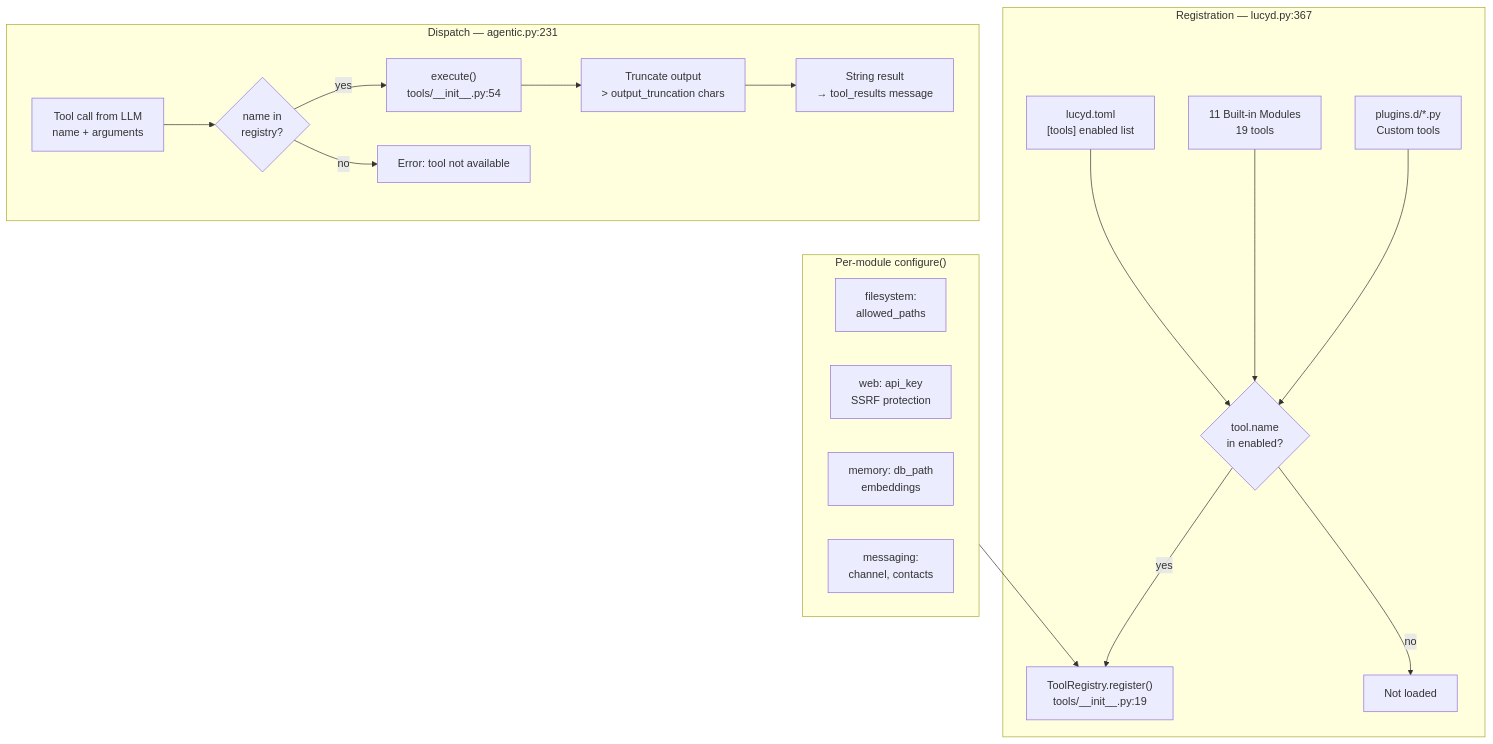
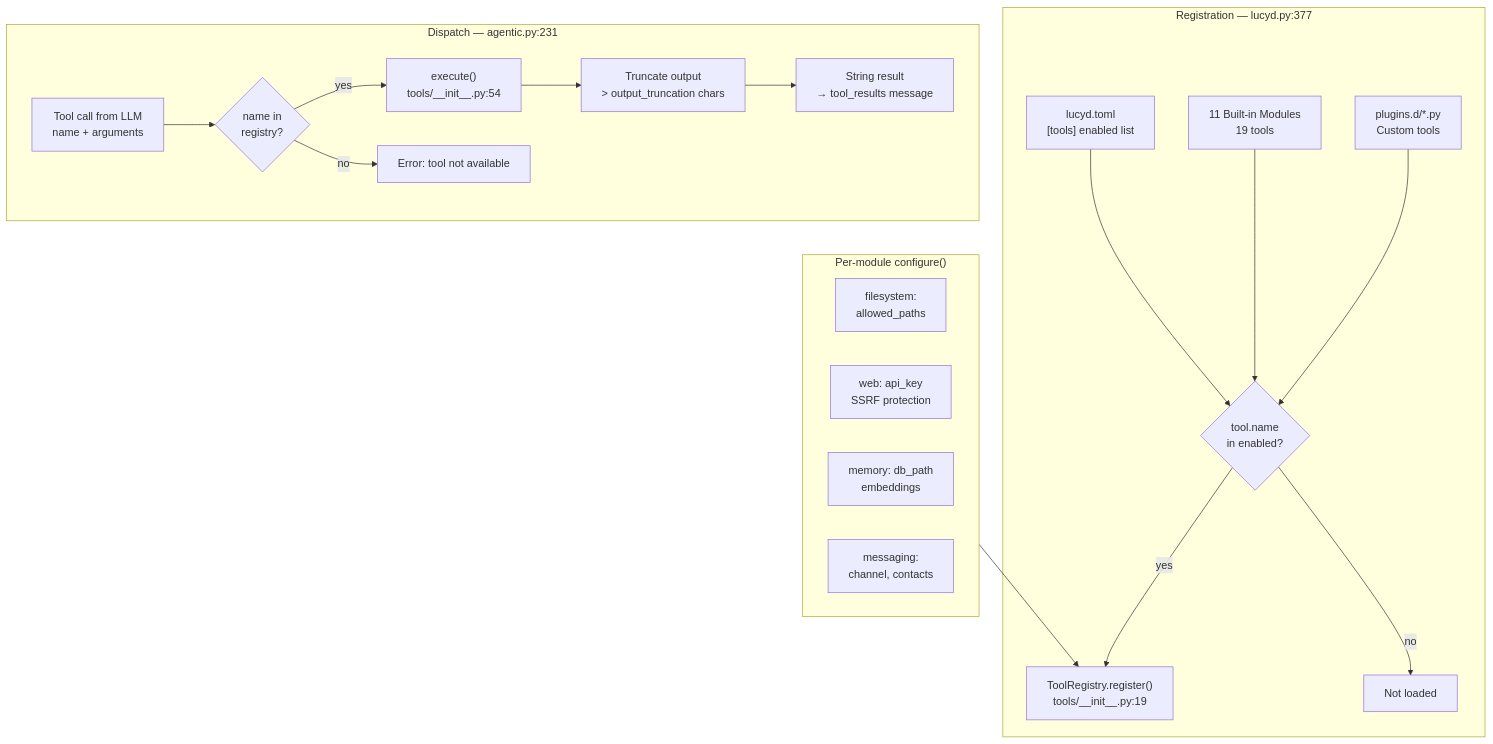
The seventh of 8 diagrams in docs/diagrams.md (nicolasforstinger/lucyd), drawn with Mermaid before and after one commit. The commit also changed other lines of this file, not shown here.

Commit message:
docs: sync diagrams with cycle 9 line numbers and new HTTP endpoints

````diff
--- a/docs/diagrams.md
+++ b/docs/diagrams.md
@@ -272,36 +272,36 @@
 ```mermaid
 flowchart TD
-    subgraph Startup["Registration — lucyd.py:367"]
+    subgraph Startup["Registration — lucyd.py:377"]
         CONFIG["lucyd.toml<br/>[tools] enabled list"]
         BUILTIN["11 Built-in Modules<br/>19 tools"]
         PLUGINS["plugins.d/*.py<br/>Custom tools"]
         CONFIG --> FILTER{"tool.name<br/>in enabled?"}
         BUILTIN --> FILTER
         PLUGINS --> FILTER
         FILTER -->|yes| REG["ToolRegistry.register()<br/>tools/__init__.py:19"]
         FILTER -->|no| SKIP["Not loaded"]
     end
 
     subgraph Configure["Per-module configure()"]
         direction LR
         FS_CFG["filesystem:<br/>allowed_paths"]
         WEB_CFG["web: api_key<br/>SSRF protection"]
         MEM_CFG["memory: db_path<br/>embeddings"]
         MSG_CFG["messaging:<br/>channel, contacts"]
     end
 
     subgraph Runtime["Dispatch — agentic.py:231"]
         CALL["Tool call from LLM<br/>name + arguments"]
         LOOKUP{"name in<br/>registry?"}
         EXEC["execute()<br/>tools/__init__.py:54"]
         TRUNC["Truncate output<br/>> output_truncation chars"]
         RESULT["String result<br/>→ tool_results message"]
         ERR["Error: tool not available"]
     end
 
     Configure --> REG
 
     CALL --> LOOKUP
     LOOKUP -->|yes| EXEC --> TRUNC --> RESULT
     LOOKUP -->|no| ERR
 ```
````
